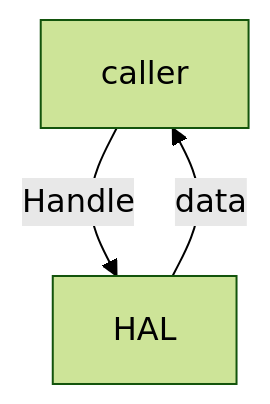
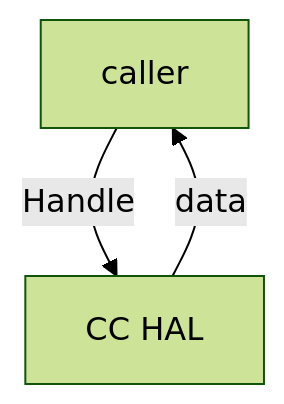
The first of 3 diagrams in docs/pages/halSpec.md (rdkcentral/rdk-halif-closed_captions), drawn with Mermaid (forest theme) before and after one commit. The commit also changed other lines of this file and 1 other file, not shown here.

Commit message:
RDK-36855 : Documentation for closedcaptions HAL

````diff
--- a/docs/pages/halSpec.md
+++ b/docs/pages/halSpec.md
@@ -147,5 +147,5 @@
 ```mermaid
 flowchart
-    A[caller] -->|Handle| B[HAL]
+    A[caller] -->|Handle| B[CC HAL]
     B --> |data| A
  ```
````
